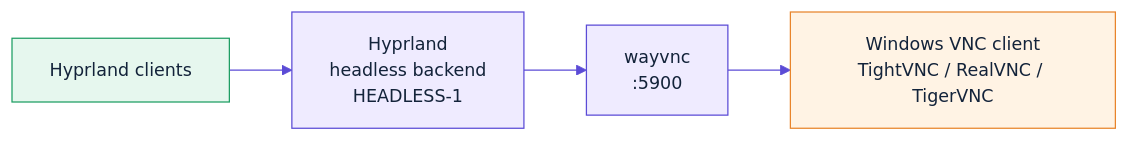
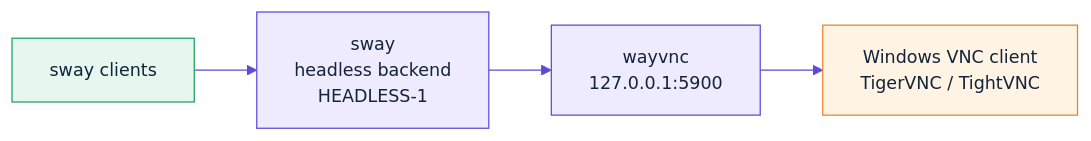
Before and after one commit to clarenceb/omarchy-wsl2: the third of 4 diagrams in docs/03-modes.md, drawn with Mermaid. The commit also changed other lines of this file and 8 other files, not shown here.

````diff
--- a/docs/03-modes.md
+++ b/docs/03-modes.md
@@ -181,12 +192,12 @@
 ```mermaid
 %%{init: {'theme':'base','themeVariables':{'primaryColor':'#E8F6FB','primaryTextColor':'#13233A','primaryBorderColor':'#2AA6C4','lineColor':'#5B4BD6','fontSize':'14px'}}}%%
 flowchart LR
-    A["Hyprland clients"] --> B["Hyprland<br/>headless backend<br/>HEADLESS-1"]
-    B --> C["wayvnc<br/>:5900"]
-    C --> D["Windows VNC client<br/>TightVNC / RealVNC / TigerVNC"]
+    A["sway clients"] --> B["sway<br/>headless backend<br/>HEADLESS-1"]
+    B --> C["wayvnc<br/>127.0.0.1:5900"]
+    C --> D["Windows VNC client<br/>TigerVNC / TightVNC"]
 
     style A fill:#E6F7EE,stroke:#1E9E63,color:#13233A
     style B fill:#EFEBFF,stroke:#5B4BD6,color:#13233A
     style C fill:#EFEBFF,stroke:#5B4BD6,color:#13233A
     style D fill:#FFF3E4,stroke:#E8842B,color:#13233A
 ```
````
